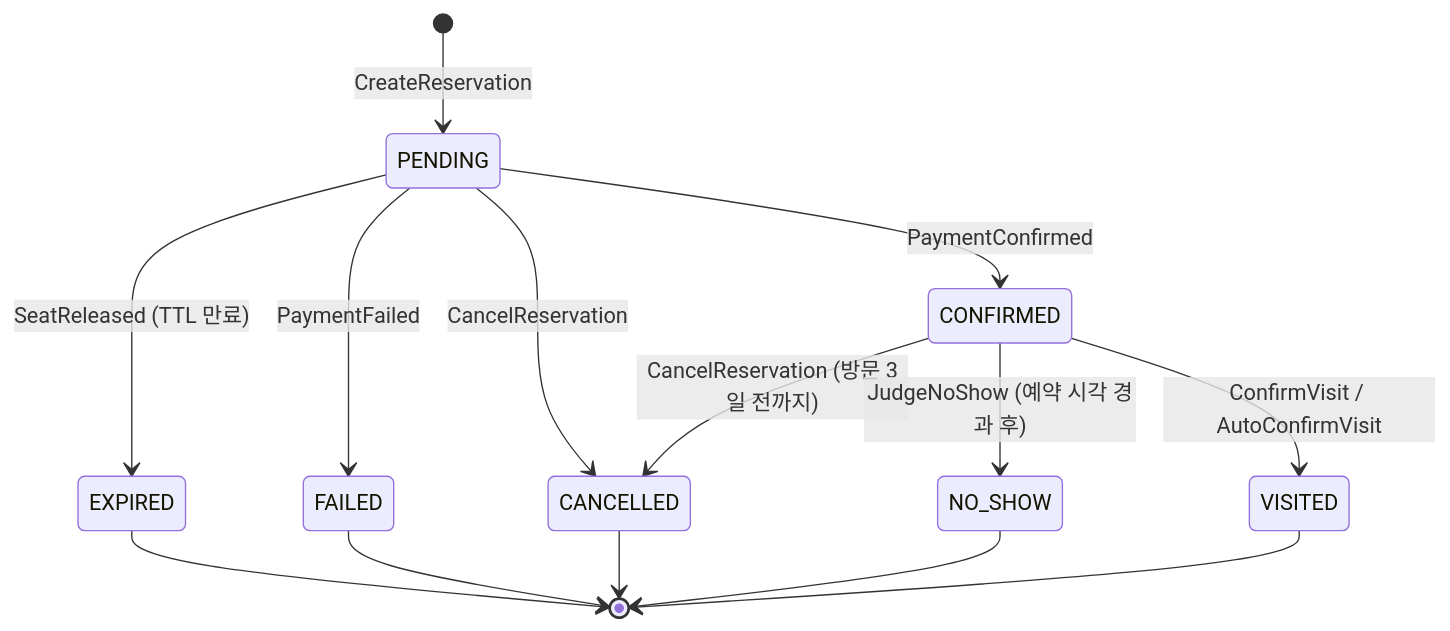
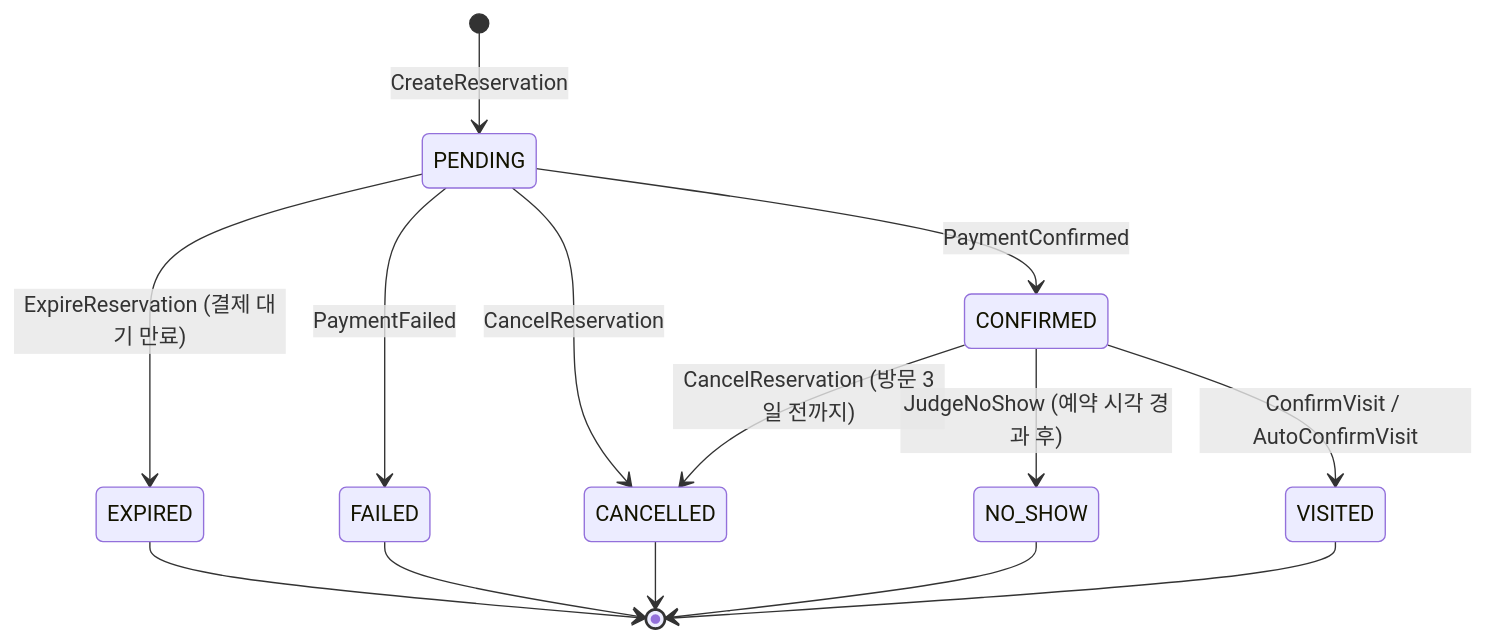
Before and after one commit to newkayak12/prototype-reservation-system: the diagram in docs/v2/domain/01-reservation.md, drawn with Mermaid. The commit also changed other lines of this file and 52 other files, not shown here.

````diff
--- a/docs/v2/domain/01-reservation.md
+++ b/docs/v2/domain/01-reservation.md
@@ -85,18 +85,18 @@
 ```mermaid
 stateDiagram-v2
     [*] --> PENDING: CreateReservation
     PENDING --> CONFIRMED: PaymentConfirmed
     PENDING --> FAILED: PaymentFailed
-    PENDING --> EXPIRED: SeatReleased (TTL 만료)
+    PENDING --> EXPIRED: ExpireReservation (결제 대기 만료)
     PENDING --> CANCELLED: CancelReservation
 
     CONFIRMED --> CANCELLED: CancelReservation (방문 3일 전까지)
     CONFIRMED --> NO_SHOW: JudgeNoShow (예약 시각 경과 후)
     CONFIRMED --> VISITED: ConfirmVisit / AutoConfirmVisit
 
     EXPIRED --> [*]
     FAILED --> [*]
     CANCELLED --> [*]
     NO_SHOW --> [*]
     VISITED --> [*]
 ```
````
